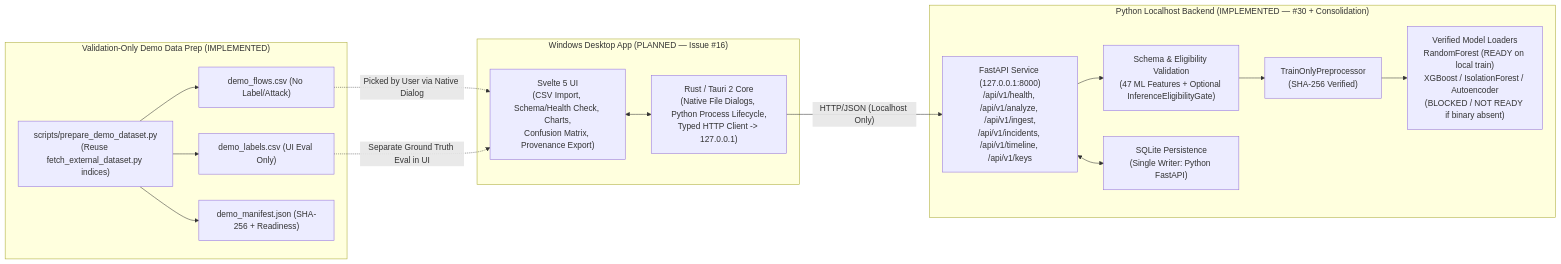
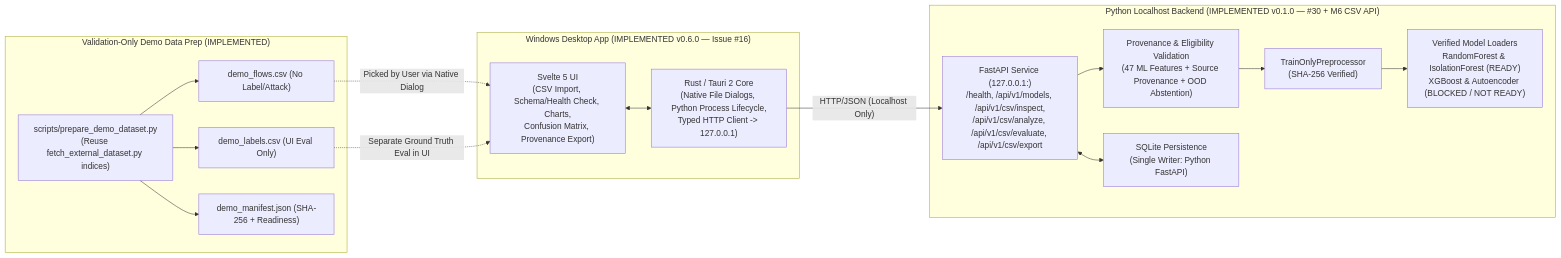
One commit to doctor-cato/AI-NETWORK-ANOMALY-DETECTION-TRACEABILITY-MAIN changed the diagram in docs/ARCHITECTURE.md. Above: the diagram before and after it, drawn with Mermaid. The commit also changed other lines of this file and 58 other files, not shown here.

First line of the commit message:
feat(m6): implement Tauri 2 + Svelte 5 desktop app and FastAPI CSV workflows (#16, #24, #26, #28, #32) (#67)

````diff
--- a/docs/ARCHITECTURE.md
+++ b/docs/ARCHITECTURE.md
@@ -5,32 +5,32 @@
 ```mermaid
 flowchart LR
-    subgraph Desktop["Windows Desktop App (PLANNED — Issue #16)"]
+    subgraph Desktop["Windows Desktop App (IMPLEMENTED v0.6.0 — Issue #16)"]
         UI["Svelte 5 UI<br/>(CSV Import, Schema/Health Check, Charts,<br/>Confusion Matrix, Provenance Export)"]
         TAURI["Rust / Tauri 2 Core<br/>(Native File Dialogs, Python Process Lifecycle,<br/>Typed HTTP Client -> 127.0.0.1)"]
         UI <--> TAURI
     end
 
-    subgraph Backend["Python Localhost Backend (IMPLEMENTED — #30 + Consolidation)"]
-        API["FastAPI Service (127.0.0.1:8000)<br/>/api/v1/health, /api/v1/analyze, /api/v1/ingest,<br/>/api/v1/incidents, /api/v1/timeline, /api/v1/keys"]
-        GATE["Schema & Eligibility Validation<br/>(47 ML Features + Optional InferenceEligibilityGate)"]
+    subgraph Backend["Python Localhost Backend (IMPLEMENTED v0.1.0 — #30 + M6 CSV API)"]
+        API["FastAPI Service (127.0.0.1:<port>)<br/>/health, /api/v1/models, /api/v1/csv/inspect,<br/>/api/v1/csv/analyze, /api/v1/csv/evaluate, /api/v1/csv/export"]
+        GATE["Provenance & Eligibility Validation<br/>(47 ML Features + Source Provenance + OOD Abstention)"]
         PRE["TrainOnlyPreprocessor<br/>(SHA-256 Verified)"]
-        MODELS["Verified Model Loaders<br/>RandomForest (READY on local train)<br/>XGBoost / IsolationForest / Autoencoder<br/>(BLOCKED / NOT READY if binary absent)"]
+        MODELS["Verified Model Loaders<br/>RandomForest & IsolationForest (READY)<br/>XGBoost & Autoencoder (BLOCKED / NOT READY)"]
         SQLITE["SQLite Persistence<br/>(Single Writer: Python FastAPI)"]
         API --> GATE --> PRE --> MODELS
         API <--> SQLITE
     end
 
     subgraph DemoPrep["Validation-Only Demo Data Prep (IMPLEMENTED)"]
         PREP["scripts/prepare_demo_dataset.py<br/>(Reuse fetch_external_dataset.py indices)"]
         FLOWS["demo_flows.csv (No Label/Attack)"]
         LABELS["demo_labels.csv (UI Eval Only)"]
         MAN["demo_manifest.json (SHA-256 + Readiness)"]
         PREP --> FLOWS
         PREP --> LABELS
         PREP --> MAN
     end
 
     TAURI -- "HTTP/JSON (Localhost Only)" --> API
     FLOWS -. "Picked by User via Native Dialog" .-> UI
     LABELS -. "Separate Ground Truth Eval in UI" .-> UI
 ```
````
